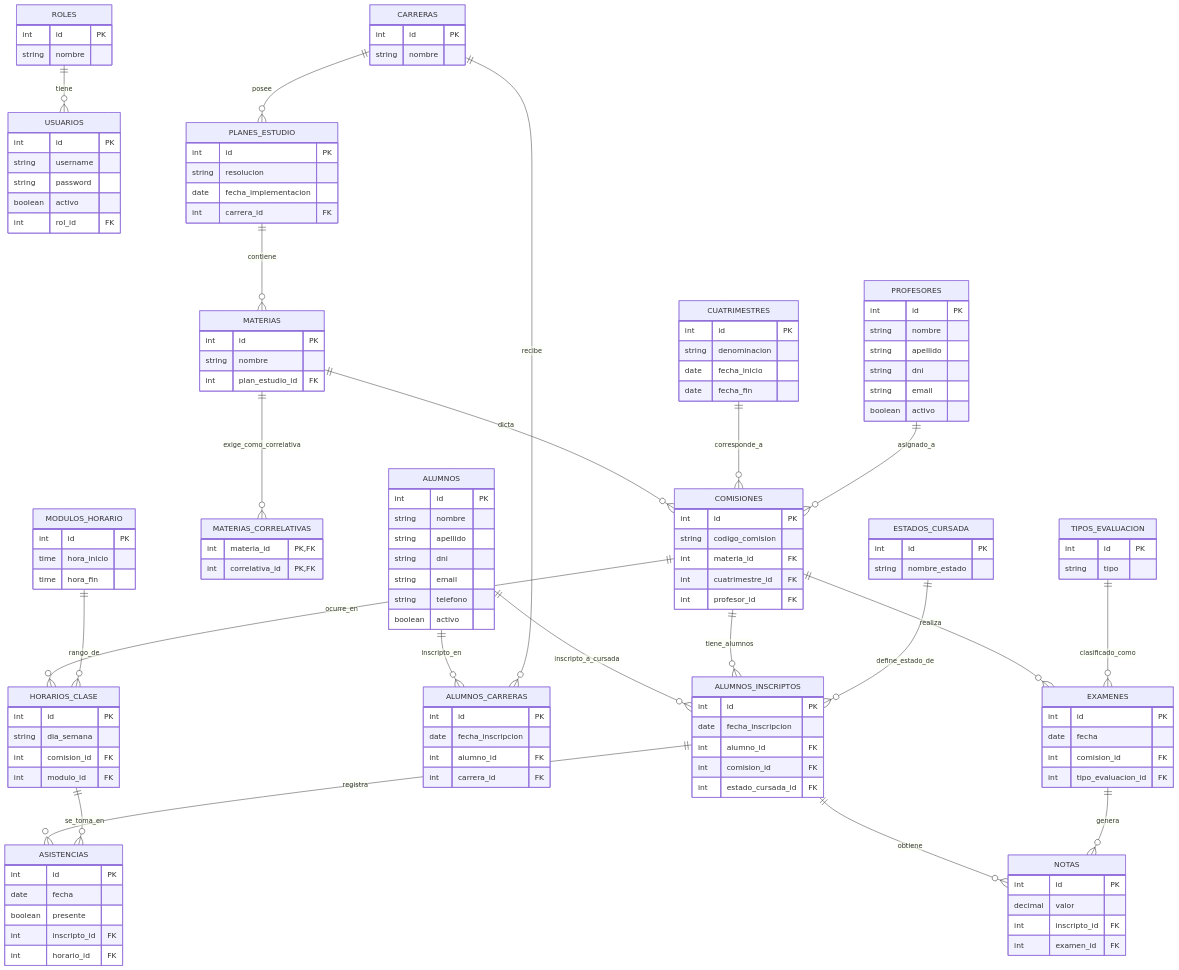
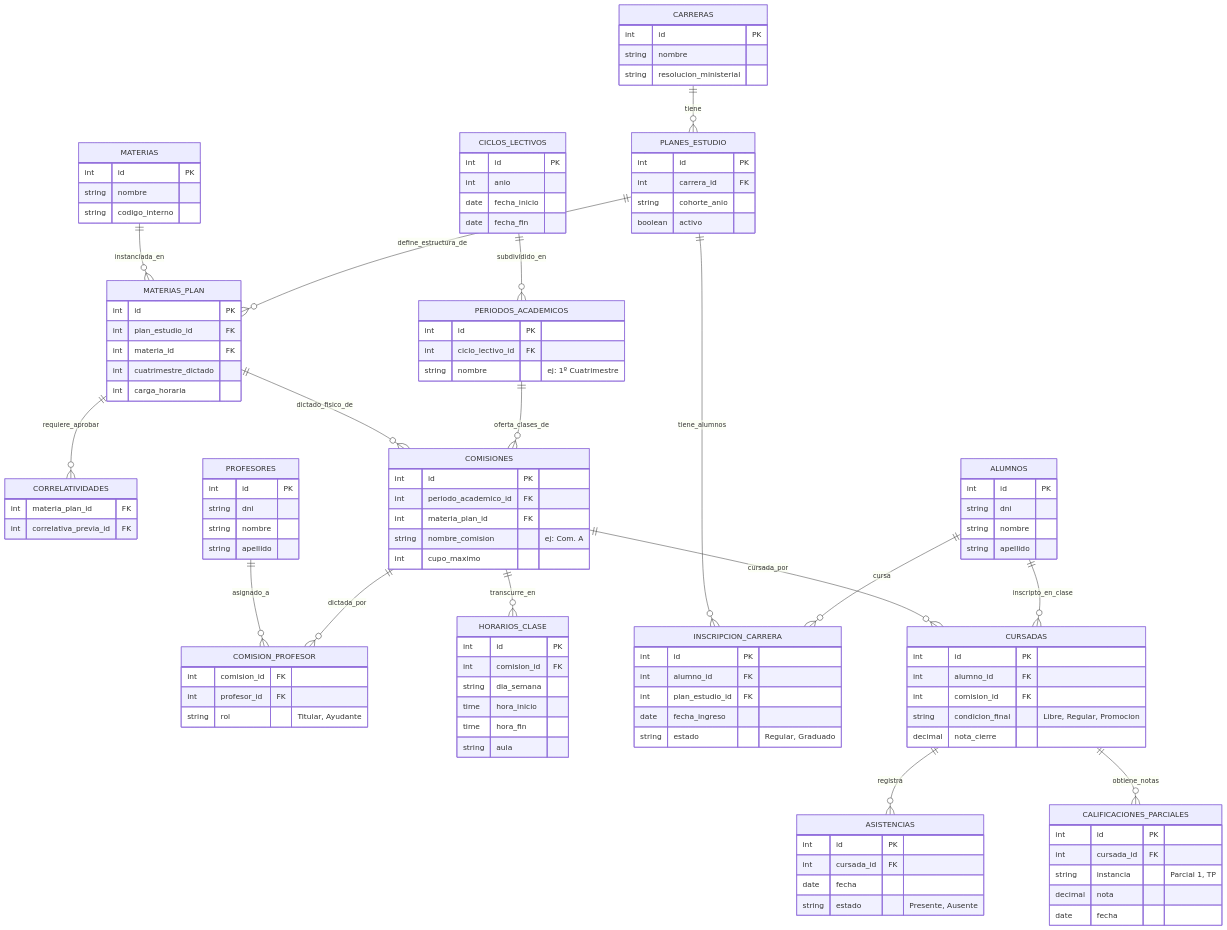
Before and after one commit to JuancaSterba/web-2026-itec: the diagram in docs/Modelo_Datos.md, drawn with Mermaid. The commit also changed other lines of this file and 23 other files, not shown here.

````diff
--- a/docs/Modelo_Datos.md
+++ b/docs/Modelo_Datos.md
@@ -5,152 +12,135 @@
 ```mermaid
 erDiagram
-    %% SEGURIDAD Y ACCESO
-    ROLES {
+    %% 1. CATÁLOGO ACADÉMICO (Estructura)
+    MATERIAS {
         int id PK
         string nombre
+        string codigo_interno
     }
-    USUARIOS {
-        int id PK
-        string username
-        string password
-        boolean activo
-        int rol_id FK
-    }
-    ROLES ||--o{ USUARIOS : tiene
-
-    %% ACTORES PRINCIPALES
-    ALUMNOS {
-        int id PK
-        string nombre
-        string apellido
-        string dni
-        string email
-        string telefono
-        boolean activo
-    }
-    PROFESORES {
-        int id PK
-        string nombre
-        string apellido
-        string dni
-        string email
-        boolean activo
-    }
-
-    %% ESTRUCTURA ACADÉMICA
+    
     CARRERAS {
         int id PK
         string nombre
+        string resolucion_ministerial
     }
+    
     PLANES_ESTUDIO {
         int id PK
-        string resolucion
-        date fecha_implementacion
         int carrera_id FK
+        string cohorte_anio
+        boolean activo
     }
-    CARRERAS ||--o{ PLANES_ESTUDIO : posee
+    CARRERAS ||--o{ PLANES_ESTUDIO : tiene
+    
+    MATERIAS_PLAN {
+        int id PK
+        int plan_estudio_id FK
+        int materia_id FK
+        int cuatrimestre_dictado
+        int carga_horaria
+    }
+    PLANES_ESTUDIO ||--o{ MATERIAS_PLAN : define_estructura_de
+    MATERIAS ||--o{ MATERIAS_PLAN : instanciada_en
+    
+    CORRELATIVIDADES {
+        int materia_plan_id FK
+        int correlativa_previa_id FK
+    }
+    MATERIAS_PLAN ||--o{ CORRELATIVIDADES : requiere_aprobar
 
-    MATERIAS {
+    %% 2. GESTIÓN ACADÉMICA (Operación Temporal)
+    CICLOS_LECTIVOS {
         int id PK
-        string nombre
-        int plan_estudio_id FK
-    }
-    PLANES_ESTUDIO ||--o{ MATERIAS : contiene
-    
-    MATERIAS_CORRELATIVAS {
-        int materia_id PK,FK
-        int correlativa_id PK,FK
-    }
-    MATERIAS ||--o{ MATERIAS_CORRELATIVAS : exige_como_correlativa
-
-    CUATRIMESTRES {
-        int id PK
-        string denominacion
+        int anio
         date fecha_inicio
         date fecha_fin
     }
     
+    PERIODOS_ACADEMICOS {
+        int id PK
+        int ciclo_lectivo_id FK
+        string nombre "ej: 1º Cuatrimestre"
+    }
+    CICLOS_LECTIVOS ||--o{ PERIODOS_ACADEMICOS : subdividido_en
+
     COMISIONES {
         int id PK
-        string codigo_comision
-        int materia_id FK
-        int cuatrimestre_id FK
+        int periodo_academico_id FK
+        int materia_plan_id FK
+        string nombre_comision "ej: Com. A"
+        int cupo_maximo
+    }
+    PERIODOS_ACADEMICOS ||--o{ COMISIONES : oferta_clases_de
+    MATERIAS_PLAN ||--o{ COMISIONES : dictado_fisico_de
+
+    COMISION_PROFESOR {
+        int comision_id FK
         int profesor_id FK
+        string rol "Titular, Ayudante"
     }
-    MATERIAS ||--o{ COMISIONES : dicta
-    CUATRIMESTRES ||--o{ COMISIONES : corresponde_a
-    PROFESORES ||--o{ COMISIONES : asignado_a
+    COMISIONES ||--o{ COMISION_PROFESOR : dictada_por
 
-    %% HORARIOS
-    MODULOS_HORARIO {
+    HORARIOS_CLASE {
         int id PK
+        int comision_id FK
+        string dia_semana
         time hora_inicio
         time hora_fin
+        string aula
     }
-    HORARIOS_CLASE {
+    COMISIONES ||--o{ HORARIOS_CLASE : transcurre_en
+
+    %% 3. ACTORES (Personas)
+    ALUMNOS {
         int id PK
-        string dia_semana
-        int comision_id FK
-        int modulo_id FK
+        string dni
+        string nombre
+        string apellido
     }
-    COMISIONES ||--o{ HORARIOS_CLASE : ocurre_en
-    MODULOS_HORARIO ||--o{ HORARIOS_CLASE : rango_de
+    
+    PROFESORES {
+        int id PK
+        string dni
+        string nombre
+        string apellido
+    }
+    PROFESORES ||--o{ COMISION_PROFESOR : asignado_a
 
-    %% INSCRIPCIONES
-    ALUMNOS_CARRERAS {
+    %% 4. EL PUENTE (Registros / Trazabilidad)
+    INSCRIPCION_CARRERA {
         int id PK
-        date fecha_inscripcion
         int alumno_id FK
-        int carrera_id FK
+        int plan_estudio_id FK
+        date fecha_ingreso
+        string estado "Regular, Graduado"
     }
-    ALUMNOS ||--o{ ALUMNOS_CARRERAS : inscripto_en
-    CARRERAS ||--o{ ALUMNOS_CARRERAS : recibe
+    ALUMNOS ||--o{ INSCRIPCION_CARRERA : cursa
+    PLANES_ESTUDIO ||--o{ INSCRIPCION_CARRERA : tiene_alumnos
 
-    ESTADOS_CURSADA {
+    CURSADAS {
         int id PK
-        string nombre_estado
-    }
-    ALUMNOS_INSCRIPTOS {
-        int id PK
-        date fecha_inscripcion
         int alumno_id FK
         int comision_id FK
-        int estado_cursada_id FK
+        string condicion_final "Libre, Regular, Promocion"
+        decimal nota_cierre
     }
-    ALUMNOS ||--o{ ALUMNOS_INSCRIPTOS : inscripto_a_cursada
-    COMISIONES ||--o{ ALUMNOS_INSCRIPTOS : tiene_alumnos
-    ESTADOS_CURSADA ||--o{ ALUMNOS_INSCRIPTOS : define_estado_de
+    ALUMNOS ||--o{ CURSADAS : inscripto_en_clase
+    COMISIONES ||--o{ CURSADAS : cursada_por
 
-    %% SEGUIMIENTO (ASISTENCIAS Y CALIFICACIONES)
     ASISTENCIAS {
         int id PK
+        int cursada_id FK
         date fecha
-        boolean presente
-        int inscripto_id FK
-        int horario_id FK
+        string estado "Presente, Ausente"
     }
-    ALUMNOS_INSCRIPTOS ||--o{ ASISTENCIAS : registra
-    HORARIOS_CLASE ||--o{ ASISTENCIAS : se_toma_en
+    CURSADAS ||--o{ ASISTENCIAS : registra
 
-    TIPOS_EVALUACION {
+    CALIFICACIONES_PARCIALES {
         int id PK
-        string tipo
+        int cursada_id FK
+        string instancia "Parcial 1, TP"
+        decimal nota
+        date fecha
     }
-    EXAMENES {
-        int id PK
-        date fecha
-        int comision_id FK
-        int tipo_evaluacion_id FK
-    }
-    COMISIONES ||--o{ EXAMENES : realiza
-    TIPOS_EVALUACION ||--o{ EXAMENES : clasificado_como
-
-    NOTAS {
-        int id PK
-        decimal valor
-        int inscripto_id FK
-        int examen_id FK
-    }
-    ALUMNOS_INSCRIPTOS ||--o{ NOTAS : obtiene
-    EXAMENES ||--o{ NOTAS : genera
+    CURSADAS ||--o{ CALIFICACIONES_PARCIALES : obtiene_notas
 ```
````
